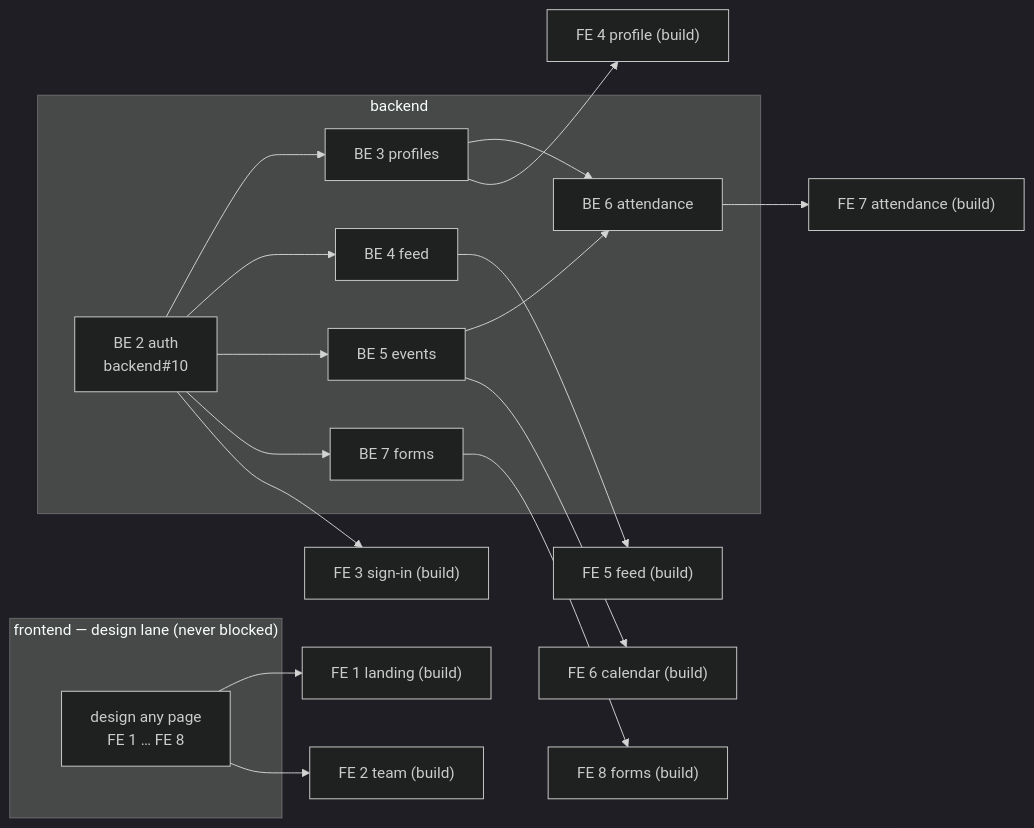
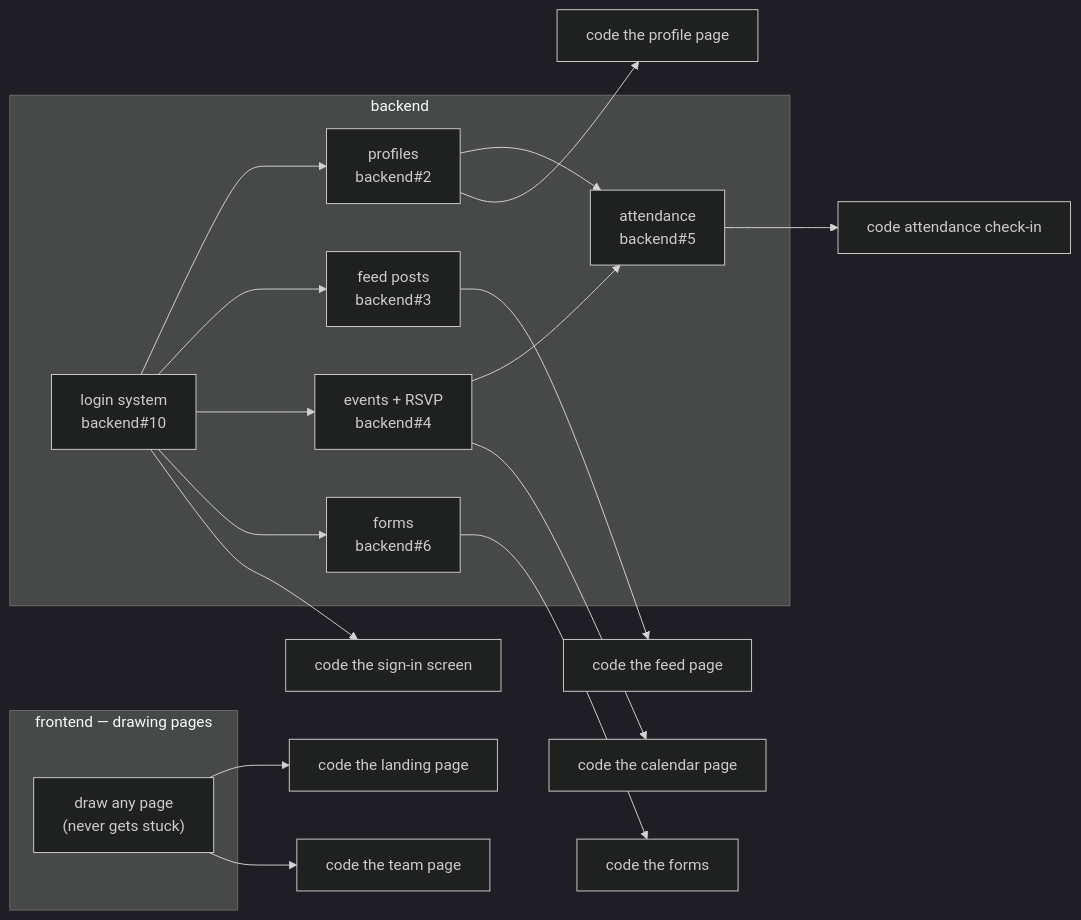
Before and after one commit to uic-logica/.github: the diagram in ROADMAP.md, drawn with Mermaid (dark theme). The commit also changed other lines of this file, not shown here.

First line of the commit message:
Roadmap: rewrite the team section in plain language

````diff
--- a/ROADMAP.md
+++ b/ROADMAP.md
@@ -54,22 +54,22 @@
 ```mermaid
 graph LR
-  subgraph FE["frontend — design lane (never blocked)"]
-    D["design any page<br/>FE 1 … FE 8"]
+  subgraph FE["frontend — drawing pages"]
+    D["draw any page<br/>(never gets stuck)"]
   end
   subgraph BE["backend"]
-    A["BE 2 auth<br/>backend#10"] --> P["BE 3 profiles"]
-    A --> F["BE 4 feed"]
-    A --> E["BE 5 events"]
-    P --> AT["BE 6 attendance"]
+    A["login system<br/>backend#10"] --> P["profiles<br/>backend#2"]
+    A --> F["feed posts<br/>backend#3"]
+    A --> E["events + RSVP<br/>backend#4"]
+    P --> AT["attendance<br/>backend#5"]
     E --> AT
-    A --> FM["BE 7 forms"]
+    A --> FM["forms<br/>backend#6"]
   end
-  D --> B1["FE 1 landing (build)"]
-  D --> B2["FE 2 team (build)"]
-  A --> B3["FE 3 sign-in (build)"]
-  P --> B4["FE 4 profile (build)"]
-  F --> B5["FE 5 feed (build)"]
-  E --> B6["FE 6 calendar (build)"]
-  AT --> B7["FE 7 attendance (build)"]
-  FM --> B8["FE 8 forms (build)"]
+  D --> B1["code the landing page"]
+  D --> B2["code the team page"]
+  A --> B3["code the sign-in screen"]
+  P --> B4["code the profile page"]
+  F --> B5["code the feed page"]
+  E --> B6["code the calendar page"]
+  AT --> B7["code attendance check-in"]
+  FM --> B8["code the forms"]
 ```
````
